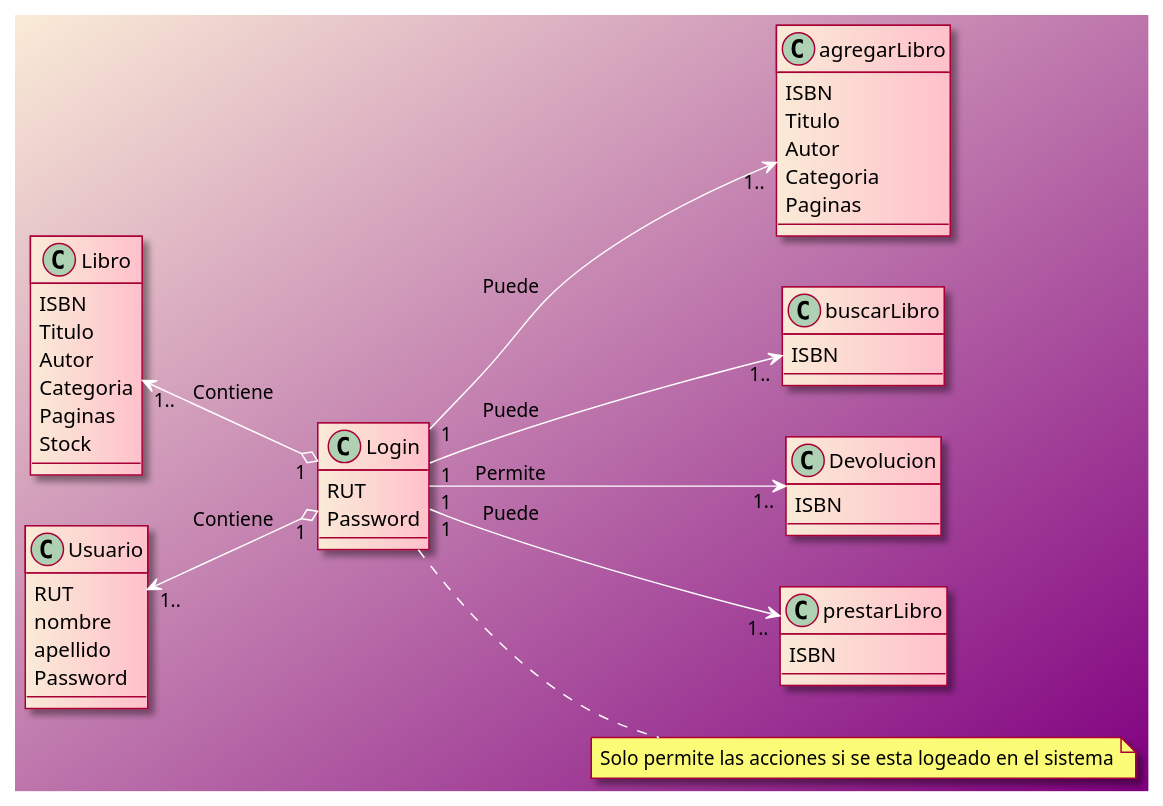
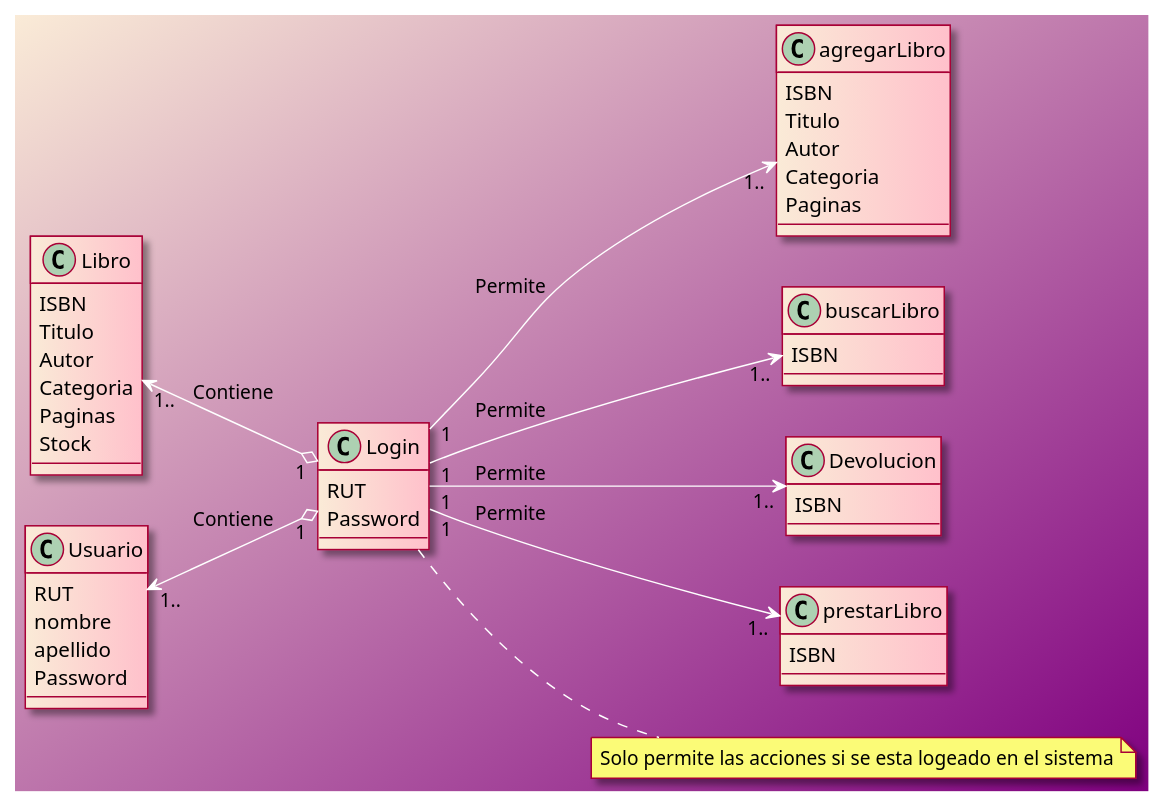
One commit to KuroMinto/Taller5_PA_UCN changed the diagram in src/ModelosYDiagramas/Dominio.puml. Above: the diagram before and after it, drawn with PlantUML. The commit also changed 1 other file, not shown here.

```diff
--- a/src/ModelosYDiagramas/Dominio.puml
+++ b/src/ModelosYDiagramas/Dominio.puml
@@ -1,60 +1,60 @@
 @startuml
 left to right direction
 skin rose
 skinparam backgroundcolor AntiqueWhite/Purple
 skinparam classBackgroundColor AntiqueWhite|Pink
 skinparam ArrowColor white
 
 Class Login {
     RUT
     Password
 }
 
 Class agregarLibro {
     ISBN
     Titulo
     Autor
     Categoria
     Paginas
 }
 
 Class buscarLibro {
     ISBN
 }
 
 Class Devolucion {
     ISBN
 }
 
 Class prestarLibro {
     ISBN
 }
 
 Class Libro {
     ISBN
     Titulo
     Autor
     Categoria
     Paginas
     Stock
 }
 
 Class Usuario {
     RUT
     nombre
     apellido
     Password
 }
 
-Login "1" --> "1.." buscarLibro: Puede
-Login "1" --> "1.." agregarLibro: Puede
-Login "1" --> "1.." prestarLibro: Puede
+Login "1" --> "1.." buscarLibro: Permite
+Login "1" --> "1.." agregarLibro: Permite
+Login "1" --> "1.." prestarLibro: Permite
 Login "1" --> "1.." Devolucion: Permite
 Usuario "1.." <--o "1" Login: Contiene
 Libro "1.." <--o "1" Login: Contiene
 note "Solo permite las acciones si se esta logeado en el sistema" as N1
 N1 .up. Login
 
 
 
 @enduml
```
